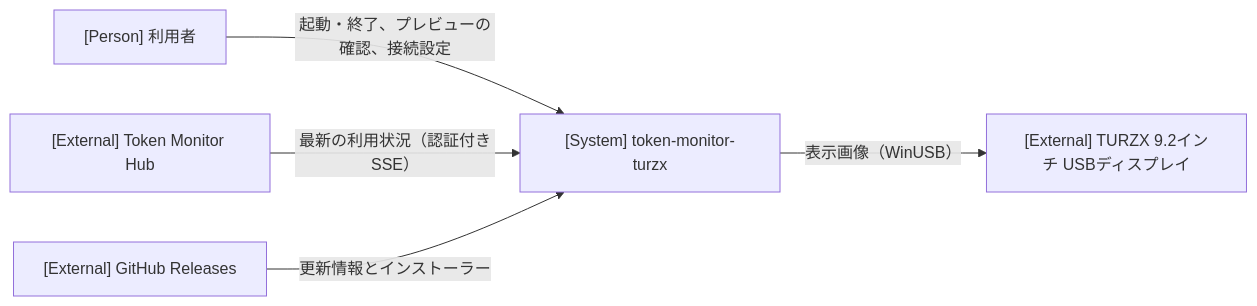
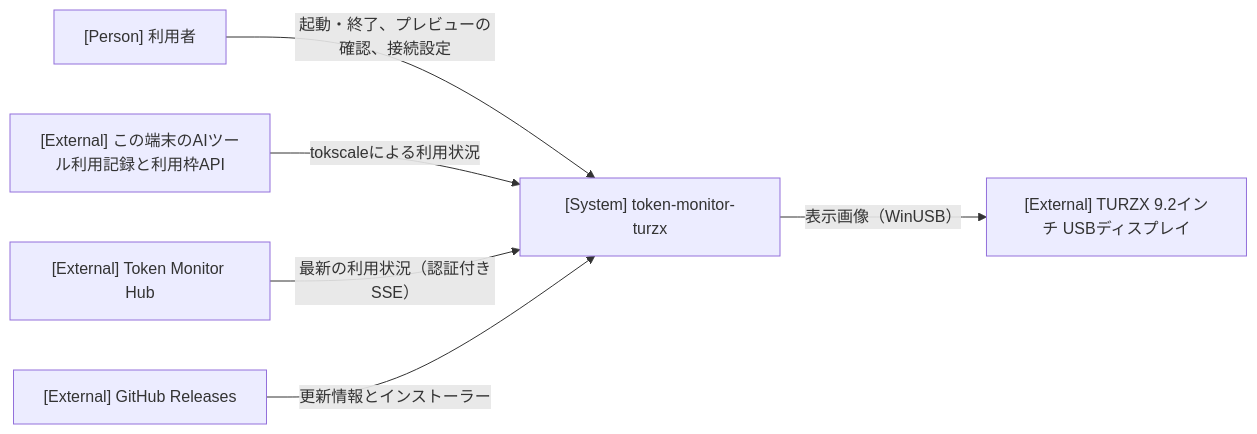
Before and after one commit to nuitsjp/token-dashboard: the diagram in docs/architecture.md, drawn with Mermaid. The commit also changed other lines of this file and 26 other files, not shown here.

````diff
--- a/docs/architecture.md
+++ b/docs/architecture.md
@@ -7,12 +7,14 @@
 ```mermaid
 flowchart LR
   user["[Person] 利用者"]
   system["[System] token-monitor-turzx"]
+  local["[External] この端末のAIツール利用記録と利用枠API"]
   hub["[External] Token Monitor Hub"]
   turzx["[External] TURZX 9.2インチ USBディスプレイ"]
   releases["[External] GitHub Releases"]
   user -->|"起動・終了、プレビューの確認、接続設定"| system
+  local -->|"tokscaleによる利用状況"| system
   hub -->|"最新の利用状況（認証付きSSE）"| system
   system -->|"表示画像（WinUSB）"| turzx
   releases -->|"更新情報とインストーラー"| system
 ```
````
